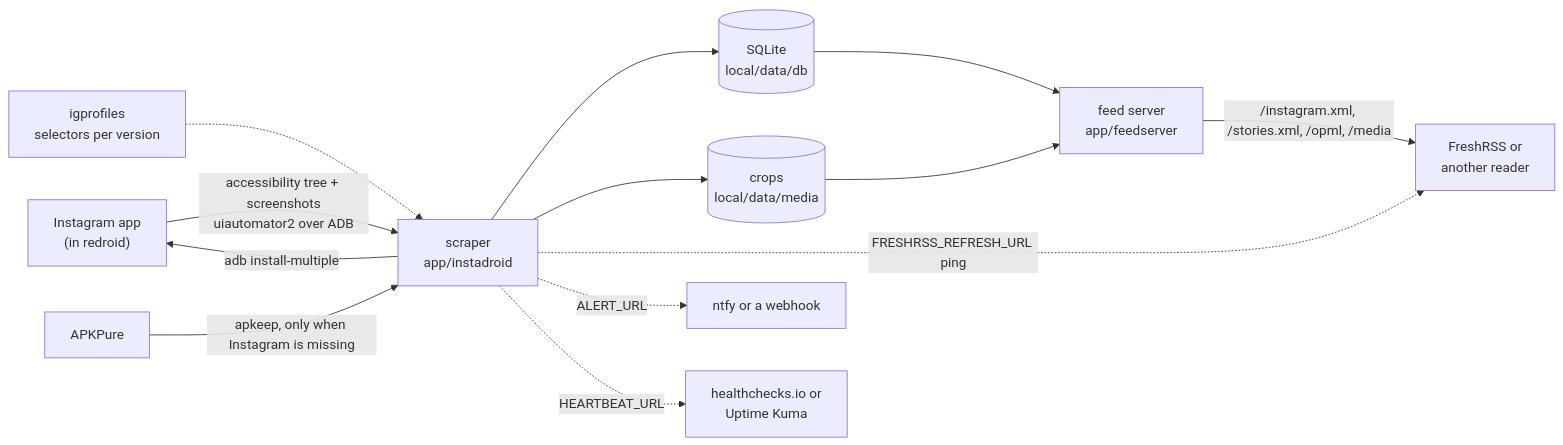
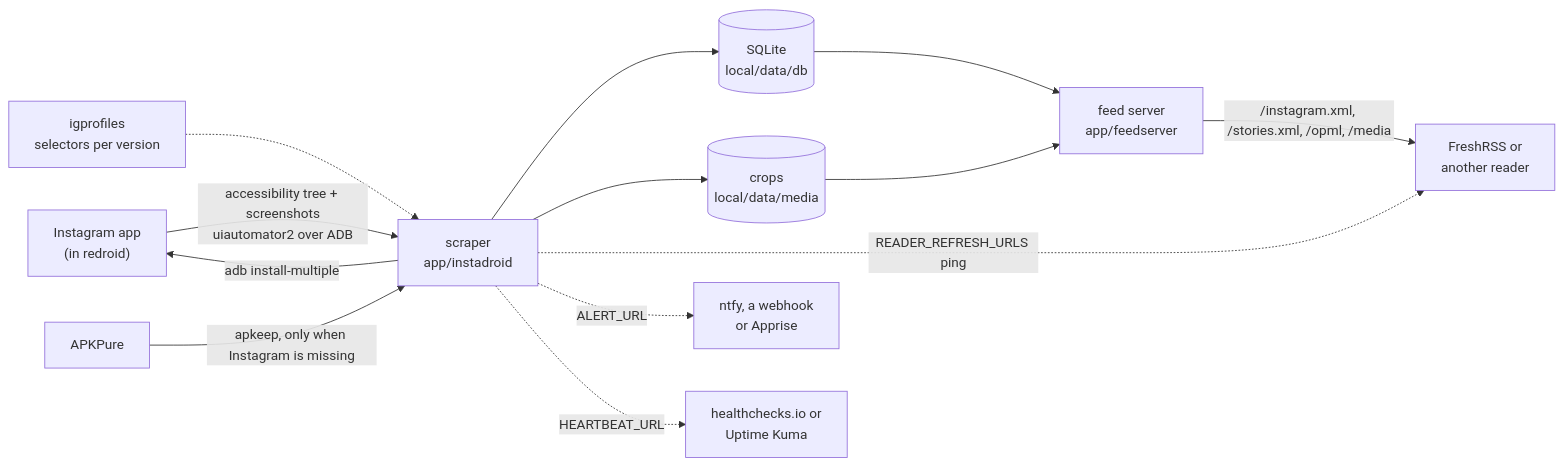
Before and after one commit to ivylikethevine/instadroid: the diagram in docs/ARCHITECTURE.md, drawn with Mermaid. The commit also changed other lines of this file and 41 other files, not shown here.

````diff
--- a/docs/ARCHITECTURE.md
+++ b/docs/ARCHITECTURE.md
@@ -62,15 +62,15 @@
 ```mermaid
 flowchart LR
     ig["Instagram app<br/>(in redroid)"] -->|"accessibility tree + screenshots<br/>uiautomator2 over ADB"| scraper["scraper<br/>app/instadroid"]
     profiles["igprofiles<br/>selectors per version"] -.-> scraper
     apkpure["APKPure"] -->|"apkeep, only when Instagram is missing"| scraper
     scraper -->|"adb install-multiple"| ig
     scraper --> db[("SQLite<br/>local/data/db")]
     scraper --> media[("crops<br/>local/data/media")]
     db --> feed["feed server<br/>app/feedserver"]
     media --> feed
     feed -->|"/instagram.xml, /stories.xml, /opml, /media"| reader["FreshRSS or<br/>another reader"]
-    scraper -.->|"FRESHRSS_REFRESH_URL ping"| reader
-    scraper -.->|"ALERT_URL"| alerts["ntfy or a webhook"]
+    scraper -.->|"READER_REFRESH_URLS ping"| reader
+    scraper -.->|"ALERT_URL"| alerts["ntfy, a webhook<br/>or Apprise"]
     scraper -.->|"HEARTBEAT_URL"| monitor["healthchecks.io or<br/>Uptime Kuma"]
 ```
````
